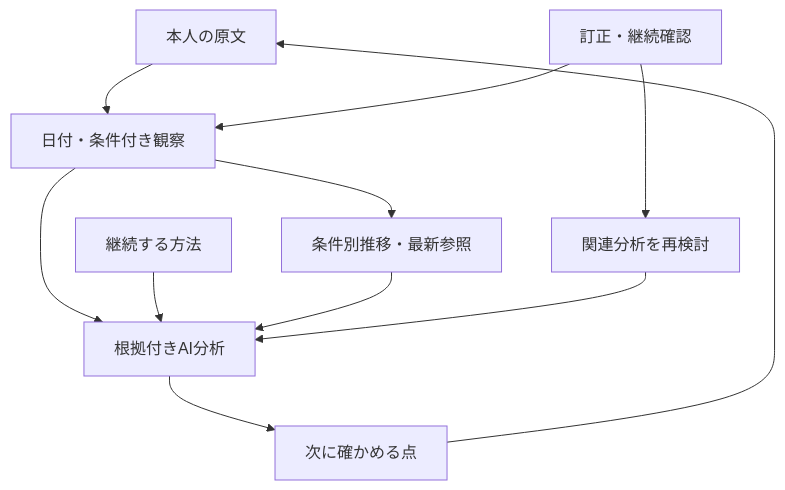
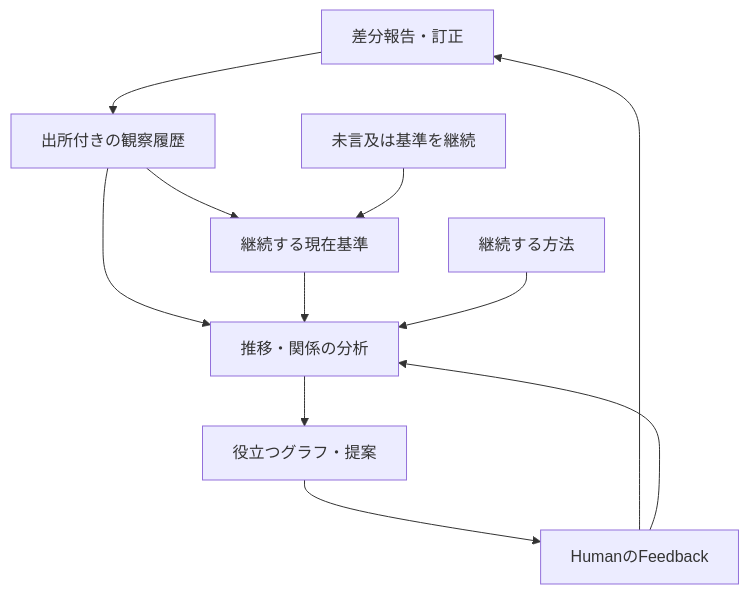
The diagram in chocozap/README.md (yusukefujiijp/ai-project), drawn with Mermaid before and after one commit. The commit also changed other lines of this file and 1 other file, not shown here.

````diff
--- a/chocozap/README.md
+++ b/chocozap/README.md
@@ -82,13 +84,13 @@
 ```mermaid
 flowchart TD
-  R["本人の原文"] --> O["日付・条件付き観察"]
-  C["訂正・継続確認"] --> O
-  O --> V["条件別推移・最新参照"]
-  O --> A["根拠付きAI分析"]
+  R["差分報告・訂正"] --> O["出所付きの観察履歴"]
+  O --> V["継続する現在基準"]
+  P["未言及は基準を継続"] --> V
+  O --> A["推移・関係の分析"]
+  V --> A
   M["継続する方法"] --> A
-  V --> A
-  A --> Q["次に確かめる点"]
-  Q --> R
-  C --> J["関連分析を再検討"]
-  J --> A
+  A --> G["役立つグラフ・提案"]
+  G --> F["HumanのFeedback"]
+  F --> R
+  F --> A
 ```
````
